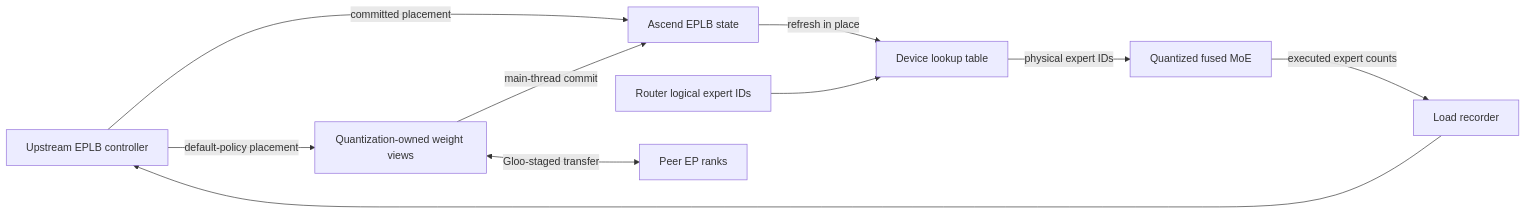
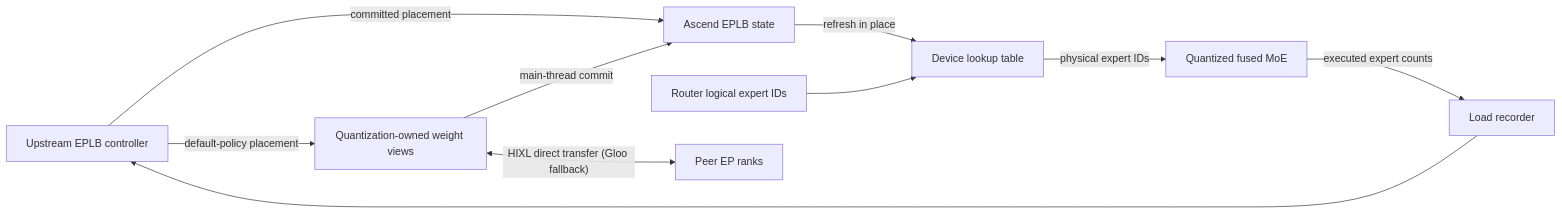
The diagram in docs/source/developer_guide/Design_Documents/model_runner_v2_eplb.md (zzhx1/vllm-ascend), drawn with Mermaid before and after one commit. The commit also changed other lines of this file and 27 other files, not shown here.

````diff
--- a/docs/source/developer_guide/Design_Documents/model_runner_v2_eplb.md
+++ b/docs/source/developer_guide/Design_Documents/model_runner_v2_eplb.md
@@ -32,12 +32,12 @@
 ```mermaid
 flowchart LR
     A["Upstream EPLB controller"] -->|"committed placement"| B["Ascend EPLB state"]
     B -->|"refresh in place"| C["Device lookup table"]
     D["Router logical expert IDs"] --> C
     C -->|"physical expert IDs"| E["Quantized fused MoE"]
     E -->|"executed expert counts"| F["Load recorder"]
     F --> A
     A -->|"default-policy placement"| G["Quantization-owned weight views"]
-    G <-->|"Gloo-staged transfer"| H["Peer EP ranks"]
+    G <-->|"HIXL direct transfer (Gloo fallback)"| H["Peer EP ranks"]
     G -->|"main-thread commit"| B
 ```
````
